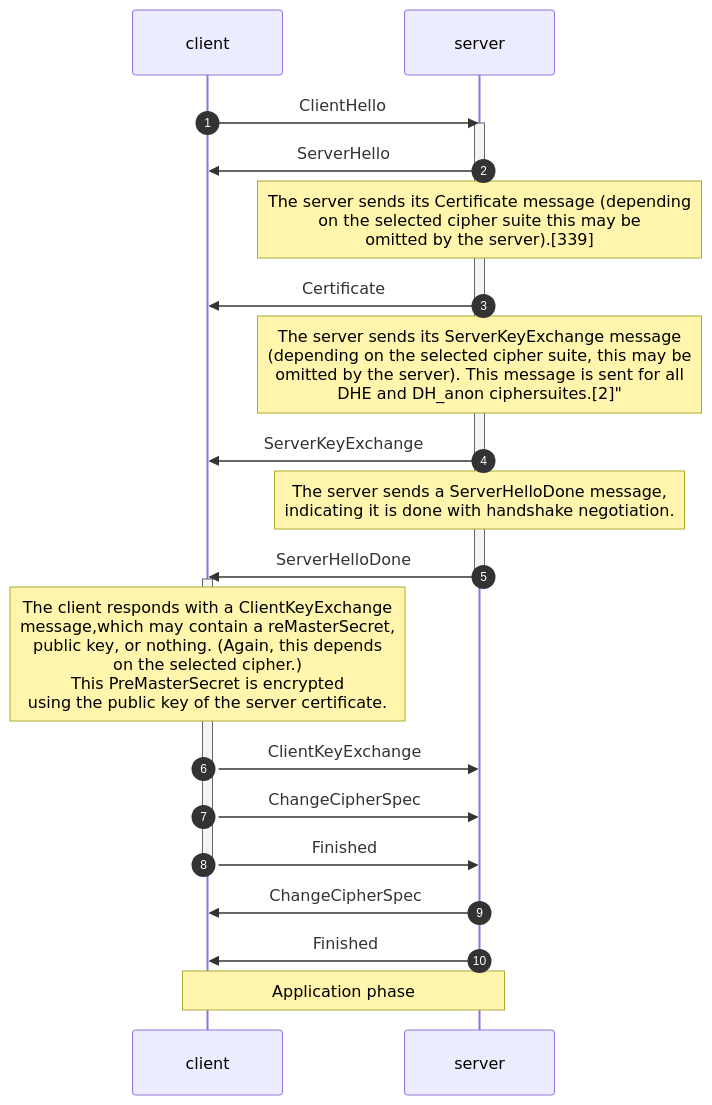
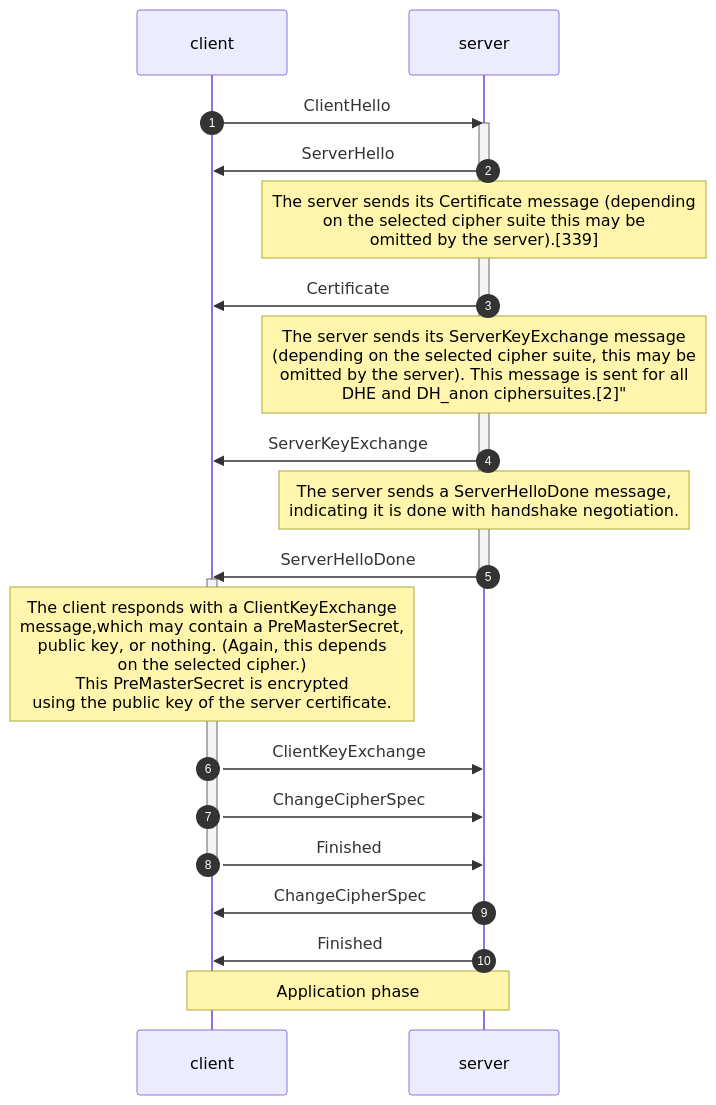
One commit to efine/mermaid-testing changed the diagram in README.md. Above: the diagram before and after it, drawn with Mermaid.

Commit message:
Fix typo reMasterSecret -> PreMasterSecret

````diff
--- a/README.md
+++ b/README.md
@@ -5,33 +5,33 @@
 ```mermaid
 sequenceDiagram
     autonumber
     participant client
     participant server
 
     client ->> server: ClientHello
 
     activate server
     server ->> client: ServerHello
 
     note over server: The server sends its Certificate message (depending<br/>on the selected cipher suite this may be<br/>omitted by the server).[339]
     server ->> client: Certificate
 
     note over server: The server sends its ServerKeyExchange message<br/>(depending on the selected cipher suite, this may be<br/> omitted by the server). This message is sent for all<br/>DHE and DH_anon ciphersuites.[2]"
     server ->> client: ServerKeyExchange
 
     note over server: The server sends a ServerHelloDone message,<br/>indicating it is done with handshake negotiation.
     server ->> client: ServerHelloDone
     deactivate server
 
     activate client
-    note over client: The client responds with a ClientKeyExchange<br/>message,which may contain a reMasterSecret,<br/> public key, or nothing. (Again, this depends<br/> on the selected cipher.)<br/>This PreMasterSecret is encrypted<br/>using the public key of the server certificate.
+    note over client: The client responds with a ClientKeyExchange<br/>message,which may contain a PreMasterSecret,<br/>public key, or nothing. (Again, this depends<br/> on the selected cipher.)<br/>This PreMasterSecret is encrypted<br/>using the public key of the server certificate.
     client ->> server: ClientKeyExchange
     client ->> server: ChangeCipherSpec
     client ->> server: Finished
     deactivate client
 
     server ->> client: ChangeCipherSpec
     server ->> client: Finished
 
    note over client, server: Application phase
 ```
````
